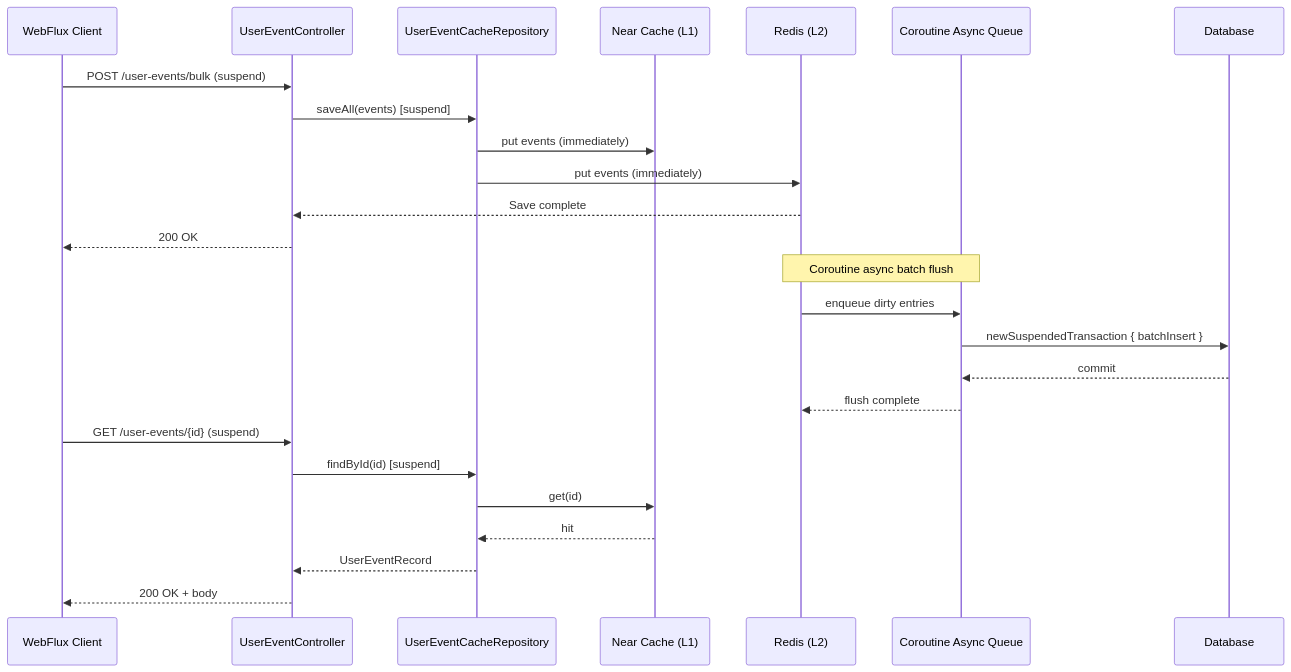
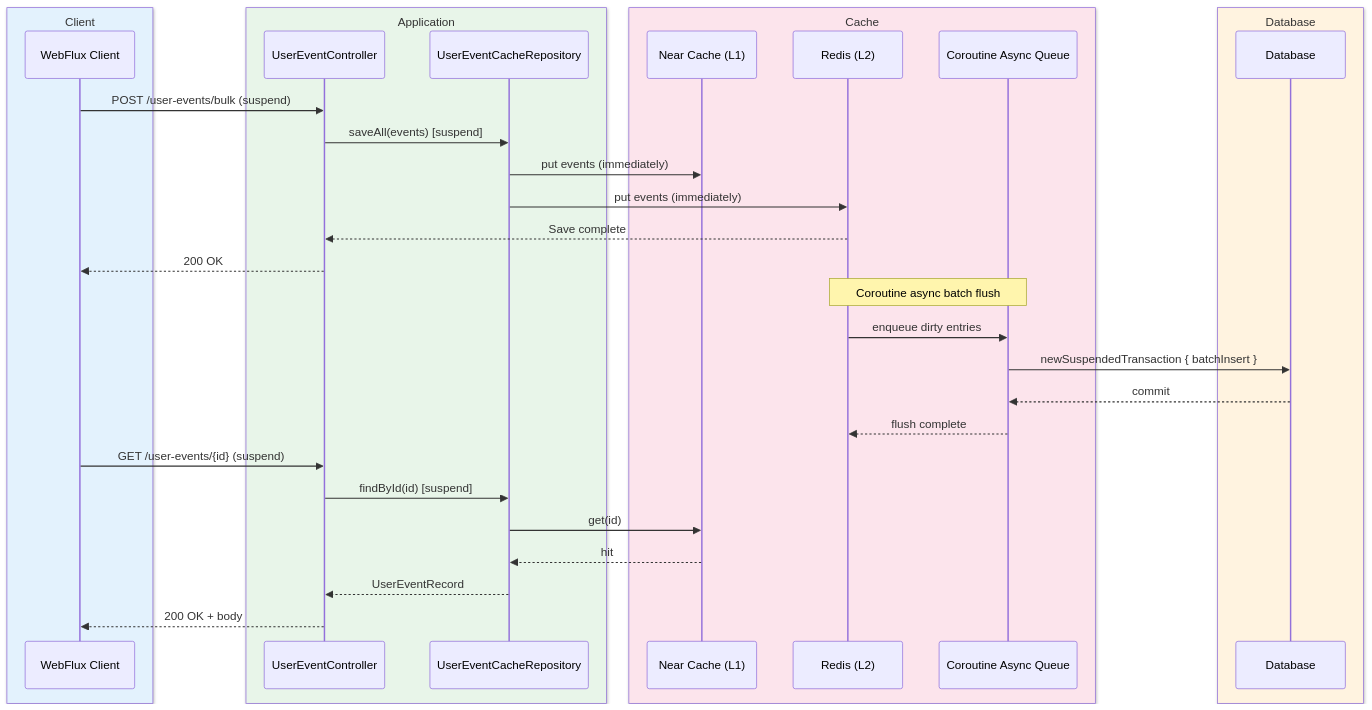
Before and after one commit to bluetape4k/exposed-workshop: the third of 4 diagrams in 11-high-performance/02-cache-strategies-coroutines/README.md, drawn with Mermaid. The commit also changed other lines of this file and 43 other files, not shown here.

First line of the commit message:
docs: sequence diagram에 box rgb() 파스텔 영역 적용

````diff
--- a/11-high-performance/02-cache-strategies-coroutines/README.md
+++ b/11-high-performance/02-cache-strategies-coroutines/README.md
@@ -146,28 +146,36 @@
 ```mermaid
-%%{init: {"theme": "neutral", "themeVariables": {"fontFamily": "'Comic Mono', 'goorm sans code', 'JetBrains Mono', 'goorm sans'", "actorBkg": "#E3F2FD", "actorBorder": "#90CAF9", "actorTextColor": "#1565C0", "actorLineColor": "#90CAF9", "activationBkgColor": "#E8F5E9", "activationBorderColor": "#A5D6A7", "labelBoxBkgColor": "#FFF3E0", "labelBoxBorderColor": "#FFCC80", "labelTextColor": "#E65100", "loopTextColor": "#6A1B9A", "noteBkgColor": "#F3E5F5", "noteBorderColor": "#CE93D8", "noteTextColor": "#6A1B9A", "signalColor": "#1565C0", "signalTextColor": "#1565C0"}}}%%
+%%{init: {"theme": "neutral", "themeVariables": {"fontFamily": "'Comic Mono', 'goorm sans code', 'JetBrains Mono', 'goorm sans'"}}}%%
 sequenceDiagram
-    participant C as WebFlux Client
-    participant Ctrl as UserEventController
-    participant R as UserEventCacheRepository
-    participant NC as Near Cache (L1)
-    participant RD as Redis (L2)
-    participant Q as Coroutine Async Queue
-    participant DB as Database
+    box rgb(227, 242, 253) Client
+        participant C as WebFlux Client
+    end
+    box rgb(232, 245, 233) Application
+        participant Ctrl as UserEventController
+        participant R as UserEventCacheRepository
+    end
+    box rgb(252, 228, 236) Cache
+        participant NC as Near Cache (L1)
+        participant RD as Redis (L2)
+        participant Q as Coroutine Async Queue
+    end
+    box rgb(255, 243, 224) Database
+        participant DB as Database
+    end
     C ->> Ctrl: POST /user-events/bulk (suspend)
     Ctrl ->> R: saveAll(events) [suspend]
     R ->> NC: put events (immediately)
     R ->> RD: put events (immediately)
     RD -->> Ctrl: Save complete
     Ctrl -->> C: 200 OK
     Note over RD, Q: Coroutine async batch flush
     RD ->> Q: enqueue dirty entries
     Q ->> DB: newSuspendedTransaction { batchInsert }
     DB -->> Q: commit
     Q -->> RD: flush complete
     C ->> Ctrl: GET /user-events/{id} (suspend)
     Ctrl ->> R: findById(id) [suspend]
     R ->> NC: get(id)
     NC -->> R: hit
     R -->> Ctrl: UserEventRecord
     Ctrl -->> C: 200 OK + body
 ```
````
